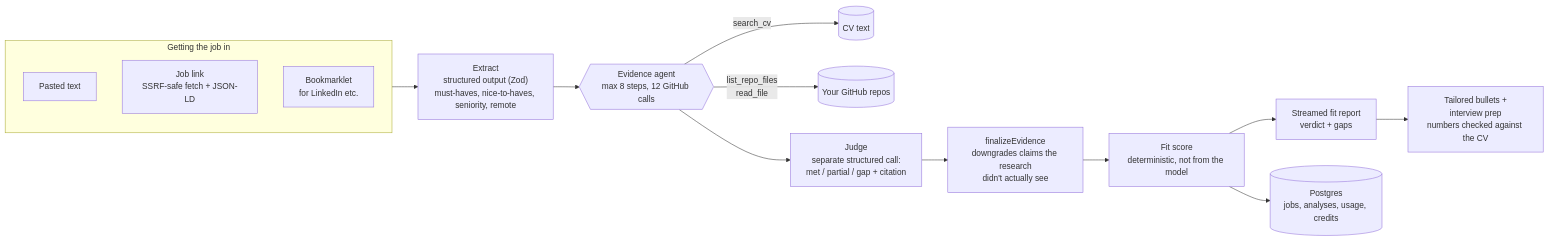
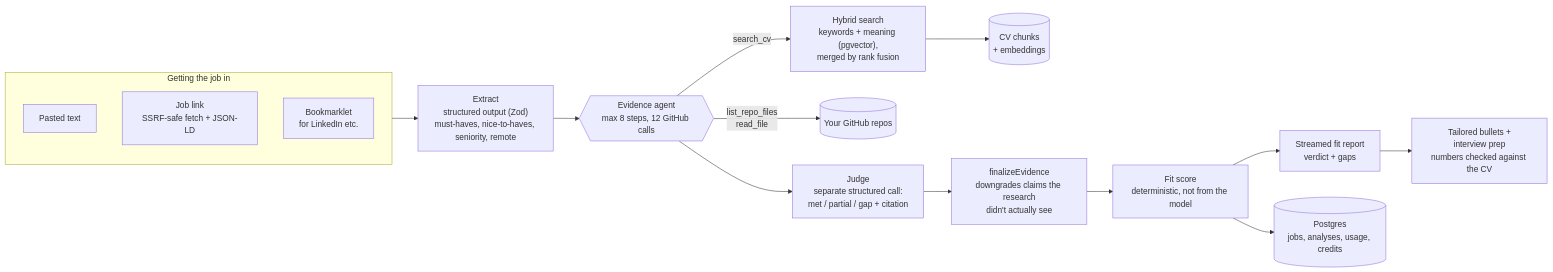
One commit to GhaniaAzhar12/fitcheck changed the diagram in README.md. Above: the diagram before and after it, drawn with Mermaid. The commit also changed other lines of this file and 45 other files, not shown here.

````diff
--- a/README.md
+++ b/README.md
@@ -28,22 +28,23 @@
 ```mermaid
 flowchart LR
     subgraph In["Getting the job in"]
         A1[Pasted text]
         A2[Job link<br/>SSRF-safe fetch + JSON-LD]
         A3[Bookmarklet<br/>for LinkedIn etc.]
     end
 
     In --> X["Extract<br/>structured output (Zod)<br/>must-haves, nice-to-haves, seniority, remote"]
     X --> R{{"Evidence agent<br/>max 8 steps, 12 GitHub calls"}}
 
-    R -- search_cv --> CV[(CV text)]
+    R -- search_cv --> H["Hybrid search<br/>keywords + meaning (pgvector),<br/>merged by rank fusion"]
+    H --> CV[(CV chunks<br/>+ embeddings)]
     R -- list_repo_files<br/>read_file --> GH[(Your GitHub repos)]
 
     R --> J["Judge<br/>separate structured call:<br/>met / partial / gap + citation"]
     J --> F["finalizeEvidence<br/>downgrades claims the research<br/>didn't actually see"]
     F --> S["Fit score<br/>deterministic, not from the model"]
     S --> Rep["Streamed fit report<br/>verdict + gaps"]
     Rep --> T["Tailored bullets +<br/>interview prep<br/>numbers checked against the CV"]
 
     S --> DB[(Postgres<br/>jobs, analyses, usage, credits)]
 ```
````
